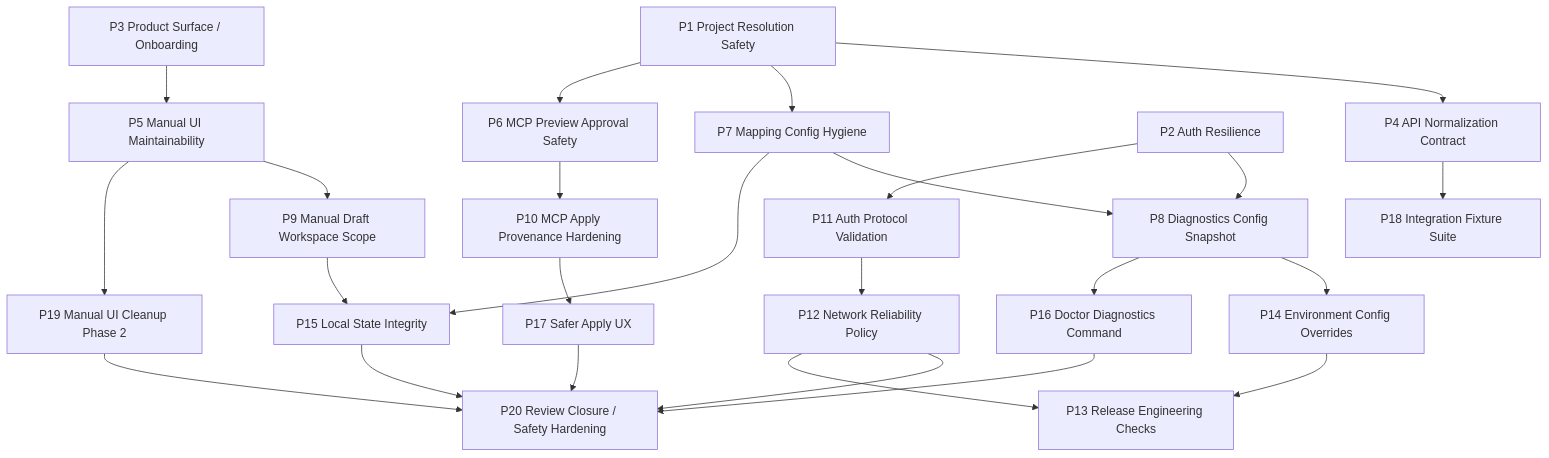
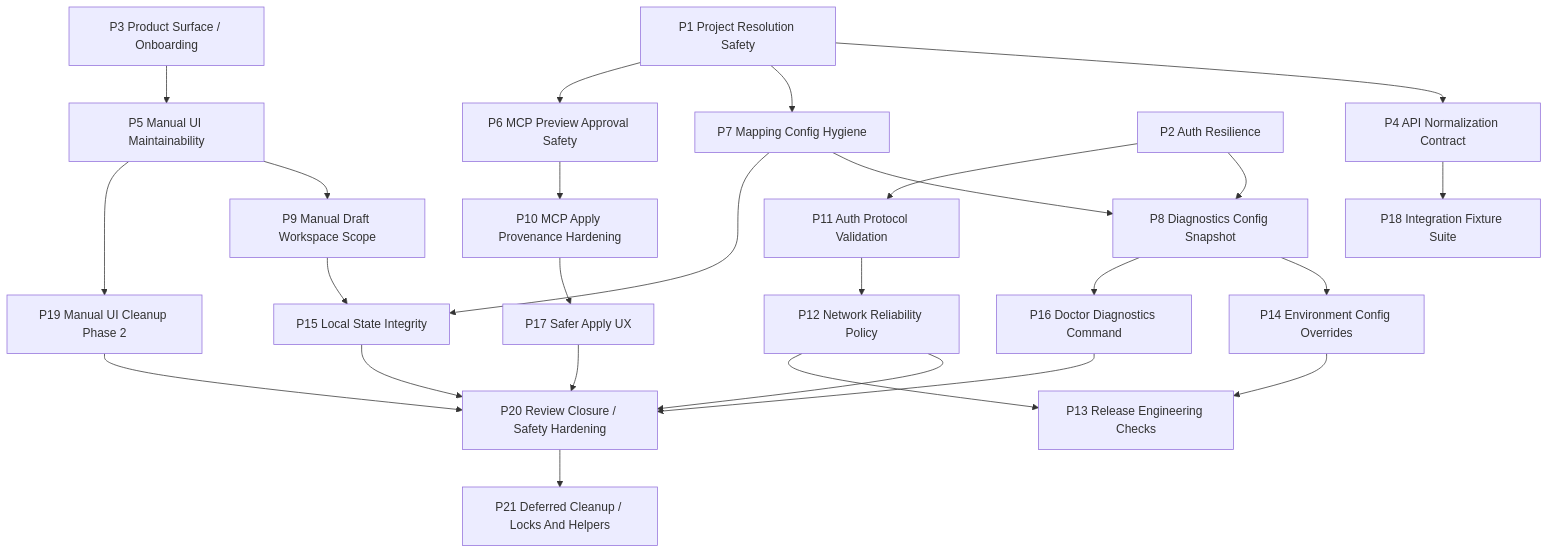
One commit to tructran2598/logwork-helper changed the diagram in obsidian/pitch-timeline.md. Above: the diagram before and after it, drawn with Mermaid. The commit also changed other lines of this file and 19 other files, not shown here.

Commit message:
handle deferred cleanup locks and helpers

````diff
--- a/obsidian/pitch-timeline.md
+++ b/obsidian/pitch-timeline.md
@@ -9,27 +9,28 @@
 ```mermaid
 flowchart TD
   P1["P1 Project Resolution Safety"] --> P4["P4 API Normalization Contract"]
   P1 --> P7["P7 Mapping Config Hygiene"]
   P1 --> P6["P6 MCP Preview Approval Safety"]
   P6 --> P10["P10 MCP Apply Provenance Hardening"]
   P10 --> P17["P17 Safer Apply UX"]
   P17 --> P20["P20 Review Closure / Safety Hardening"]
   P2["P2 Auth Resilience"] --> P8["P8 Diagnostics Config Snapshot"]
   P2 --> P11["P11 Auth Protocol Validation"]
   P11 --> P12["P12 Network Reliability Policy"]
   P12 --> P20
   P3["P3 Product Surface / Onboarding"] --> P5["P5 Manual UI Maintainability"]
   P5 --> P9["P9 Manual Draft Workspace Scope"]
   P5 --> P19["P19 Manual UI Cleanup Phase 2"]
   P7 --> P8
   P8 --> P14["P14 Environment Config Overrides"]
   P8 --> P16["P16 Doctor Diagnostics Command"]
   P16 --> P20
   P4 --> P18["P18 Integration Fixture Suite"]
   P12 --> P13["P13 Release Engineering Checks"]
   P14 --> P13
   P7 --> P15["P15 Local State Integrity"]
   P9 --> P15
   P15 --> P20
   P19 --> P20
+  P20 --> P21["P21 Deferred Cleanup / Locks And Helpers"]
 ```
````
